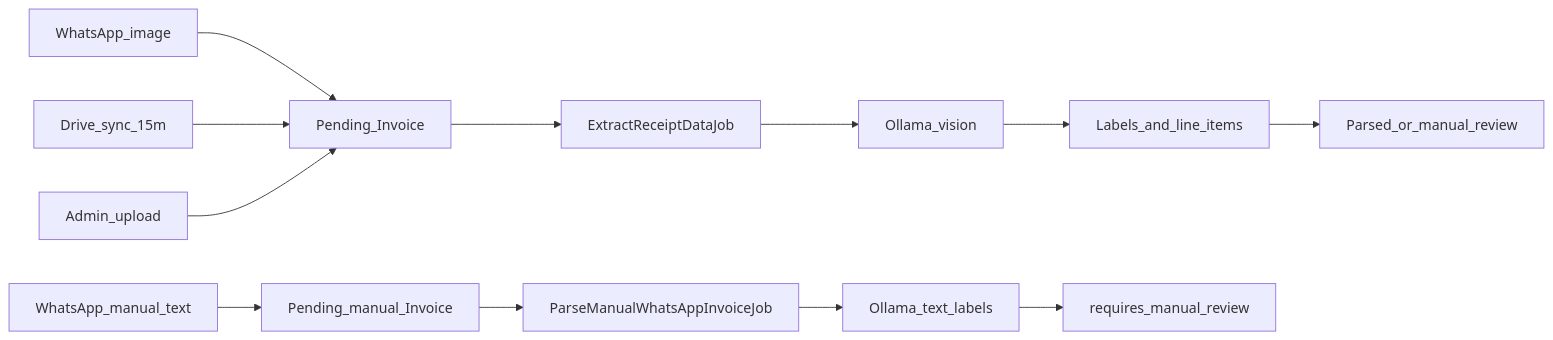
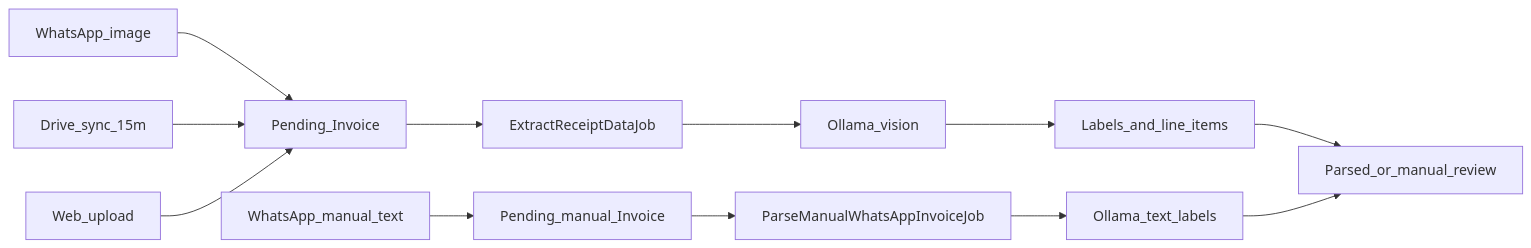
One commit to Amirul96shafiq/tido changed the diagram in README.md. Above: the diagram before and after it, drawn with Mermaid. The commit also changed other lines of this file, not shown here.

Commit message:
docs: update README.md to clarify invoice processing flow
- Renamed 'Admin_upload' to 'Web_upload' for consistency in the architecture diagram.
- Enhanced the description of invoice statuses to specify the processing paths for image receipts and WhatsApp manual text invoices.
- Clarified the role of Ollama in label classification and the outcomes of different invoice types.

````diff
--- a/README.md
+++ b/README.md
@@ -68,14 +68,14 @@
 ```mermaid
 flowchart LR
   waImg[WhatsApp_image] --> pending[Pending_Invoice]
   waText[WhatsApp_manual_text] --> pendingManual[Pending_manual_Invoice]
   drive[Drive_sync_15m] --> pending
-  upload[Admin_upload] --> pending
+  upload[Web_upload] --> pending
   pending --> job[ExtractReceiptDataJob]
   job --> ollama[Ollama_vision]
   ollama --> items[Labels_and_line_items]
   items --> review[Parsed_or_manual_review]
   pendingManual --> labelJob[ParseManualWhatsAppInvoiceJob]
   labelJob --> ollamaText[Ollama_text_labels]
-  ollamaText --> manualReview[requires_manual_review]
+  ollamaText --> review
 ```
````
